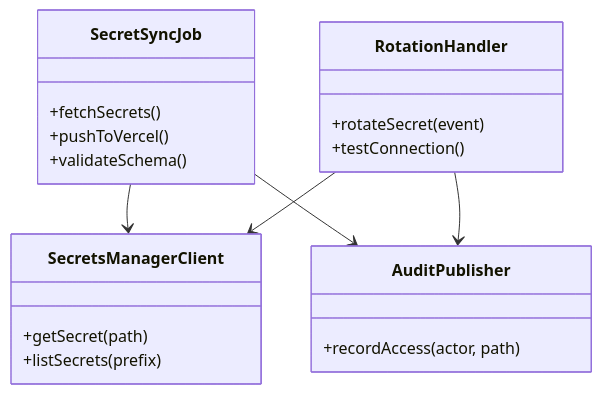
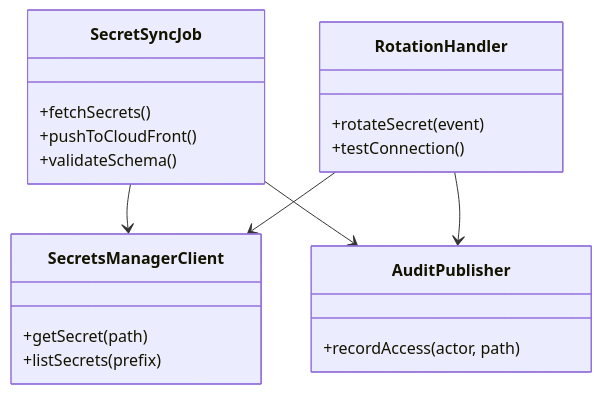
One commit to marcelkenner/clarivum changed the diagram in docs/diagrams/adr-007-secrets-management-and-configuration-distribution/uml-automation.mmd. Above: the diagram before and after it, drawn with Mermaid. The commit also changed 205 other files, not shown here.

````diff
--- a/docs/diagrams/adr-007-secrets-management-and-configuration-distribution/uml-automation.mmd
+++ b/docs/diagrams/adr-007-secrets-management-and-configuration-distribution/uml-automation.mmd
@@ -1,23 +1,23 @@
 ```mermaid
 classDiagram
     class SecretSyncJob {
         +fetchSecrets()
-        +pushToVercel()
+        +pushToCloudFront()
         +validateSchema()
     }
     class SecretsManagerClient {
         +getSecret(path)
         +listSecrets(prefix)
     }
     class RotationHandler {
         +rotateSecret(event)
         +testConnection()
     }
     class AuditPublisher {
         +recordAccess(actor, path)
     }
     SecretSyncJob --> SecretsManagerClient
     SecretSyncJob --> AuditPublisher
     RotationHandler --> SecretsManagerClient
     RotationHandler --> AuditPublisher
 ```
````
